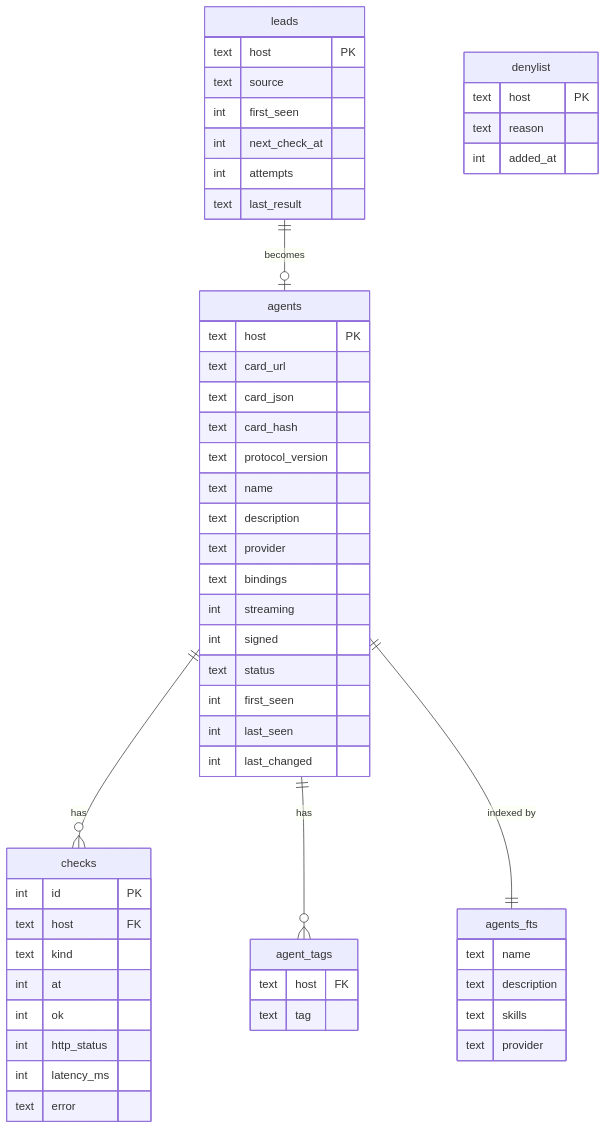
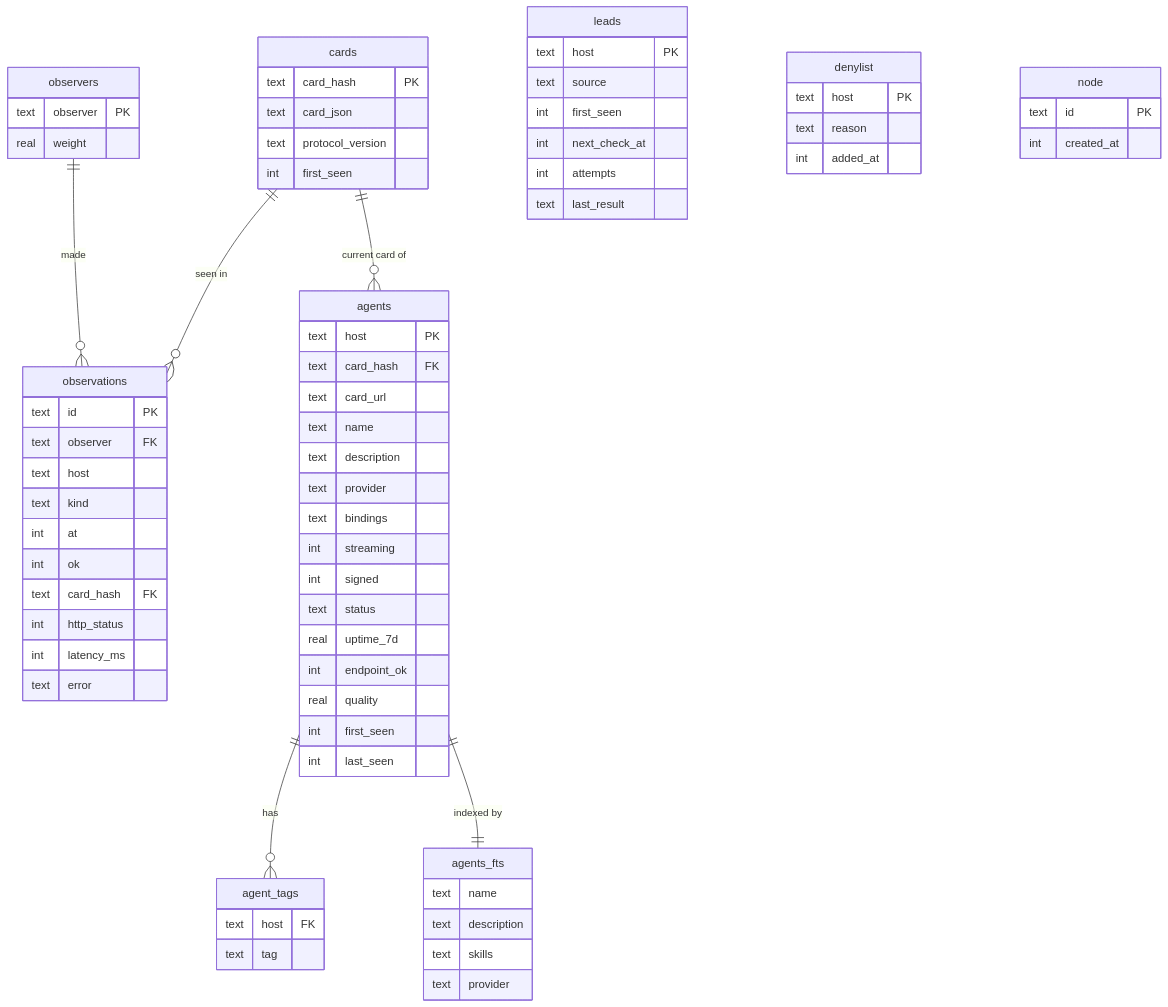
The fifth of 6 diagrams in spec.md (sbOogway/openagentindex), drawn with Mermaid before and after one commit. The commit also changed other lines of this file, not shown here.

First line of the commit message:
docs(spec): store checks as observations with mergeable keys

````diff
--- a/spec.md
+++ b/spec.md
@@ -224,58 +236,75 @@
 ```mermaid
 erDiagram
-  leads ||--o| agents : "becomes"
-  agents ||--o{ checks : "has"
+  cards ||--o{ observations : "seen in"
+  cards ||--o{ agents : "current card of"
   agents ||--o{ agent_tags : "has"
   agents ||--|| agents_fts : "indexed by"
+  observers ||--o{ observations : "made"
 
-  leads {
-    text host PK
-    text source
+  cards {
+    text card_hash PK
+    text card_json
+    text protocol_version
     int first_seen
-    int next_check_at
-    int attempts
-    text last_result
+  }
+  observations {
+    text id PK
+    text observer FK
+    text host
+    text kind
+    int at
+    int ok
+    text card_hash FK
+    int http_status
+    int latency_ms
+    text error
   }
   agents {
     text host PK
+    text card_hash FK
     text card_url
-    text card_json
-    text card_hash
-    text protocol_version
     text name
     text description
     text provider
     text bindings
     int streaming
     int signed
     text status
+    real uptime_7d
+    int endpoint_ok
+    real quality
     int first_seen
     int last_seen
-    int last_changed
-  }
-  checks {
-    int id PK
-    text host FK
-    text kind
-    int at
-    int ok
-    int http_status
-    int latency_ms
-    text error
   }
   agent_tags {
     text host FK
     text tag
   }
   agents_fts {
     text name
     text description
     text skills
     text provider
   }
+  leads {
+    text host PK
+    text source
+    int first_seen
+    int next_check_at
+    int attempts
+    text last_result
+  }
   denylist {
     text host PK
     text reason
     int added_at
   }
+  observers {
+    text observer PK
+    real weight
+  }
+  node {
+    text id PK
+    int created_at
+  }
 ```
````
